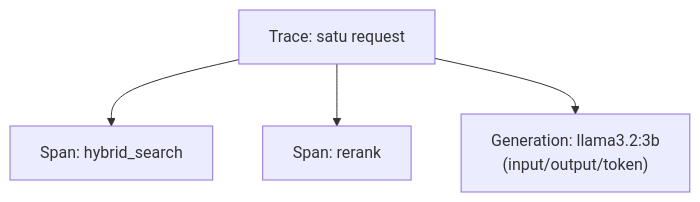
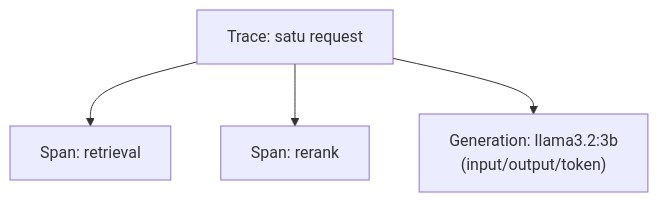
Before and after one commit to githubna-ilham/nala_ai: the first of 3 diagrams in Module-22-Observability-Langfuse/materi.md, drawn with Mermaid. The commit also changed other lines of this file and 3 other files, not shown here.

````diff
--- a/Module-22-Observability-Langfuse/materi.md
+++ b/Module-22-Observability-Langfuse/materi.md
@@ -15,7 +15,7 @@
 ```mermaid
 flowchart TD
     T["Trace: satu request"]
-    T --> S1["Span: hybrid_search"]
+    T --> S1["Span: retrieval"]
     T --> S2["Span: rerank"]
     T --> G["Generation: llama3.2:3b<br/>(input/output/token)"]
 ```
````
